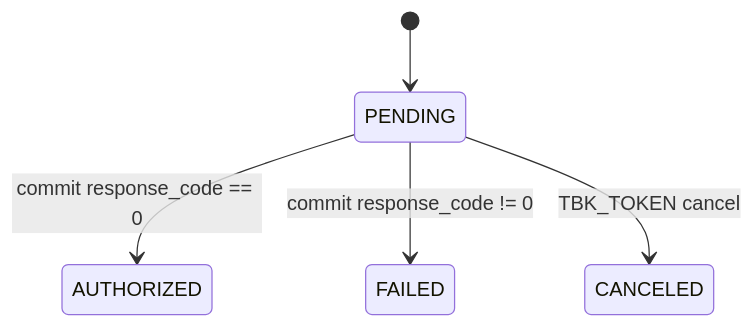
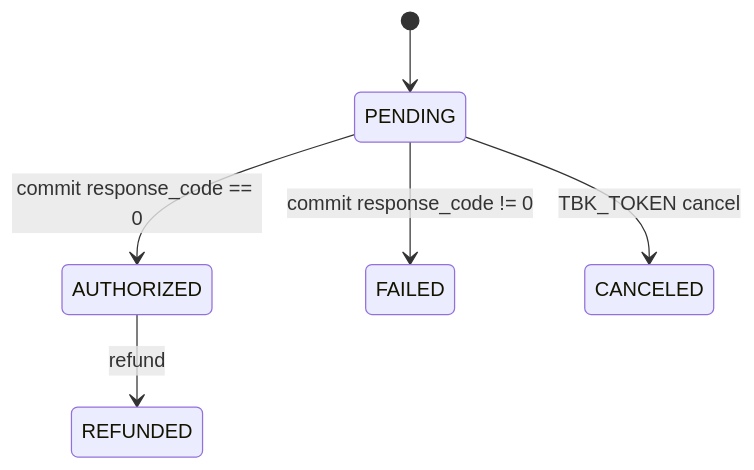
The third of 6 diagrams in README.md (carlosSepher/ninja-payments-api), drawn with Mermaid before and after one commit. The commit also changed other lines of this file and 10 other files, not shown here.

````diff
--- a/README.md
+++ b/README.md
@@ -116,7 +117,8 @@
 ```mermaid
 stateDiagram-v2
   [*] --> PENDING
   PENDING --> AUTHORIZED: commit response_code == 0
   PENDING --> FAILED: commit response_code != 0
   PENDING --> CANCELED: TBK_TOKEN cancel
+  AUTHORIZED --> REFUNDED: refund
 ```
````
